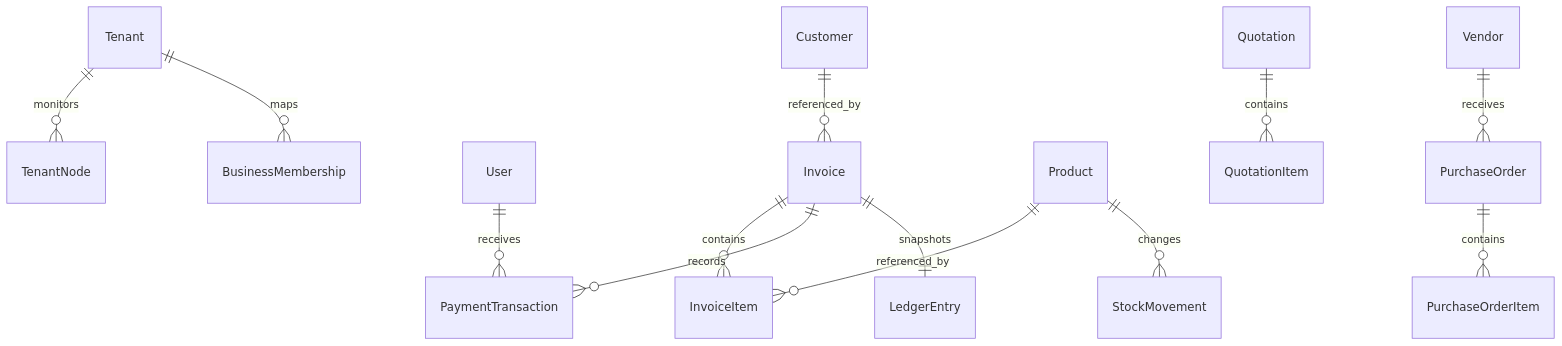
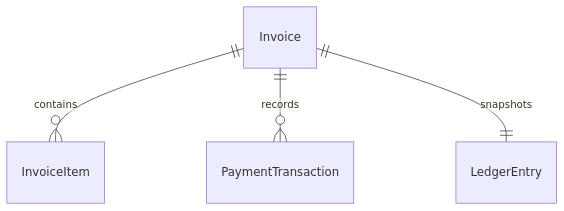
The diagram in platform/docs/DATABASE.md (dineshitachi/bill), drawn with Mermaid before and after one commit. The commit also changed other lines of this file and 15 other files, not shown here.

````diff
--- a/platform/docs/DATABASE.md
+++ b/platform/docs/DATABASE.md
@@ -22,15 +22,6 @@
 ```mermaid
 erDiagram
-  Tenant ||--o{ TenantNode : monitors
-  Tenant ||--o{ BusinessMembership : maps
-  User ||--o{ PaymentTransaction : receives
   Invoice ||--o{ InvoiceItem : contains
   Invoice ||--o{ PaymentTransaction : records
   Invoice ||--|| LedgerEntry : snapshots
-  Customer ||--o{ Invoice : referenced_by
-  Product ||--o{ InvoiceItem : referenced_by
-  Product ||--o{ StockMovement : changes
-  Quotation ||--o{ QuotationItem : contains
-  Vendor ||--o{ PurchaseOrder : receives
-  PurchaseOrder ||--o{ PurchaseOrderItem : contains
 ```
````
